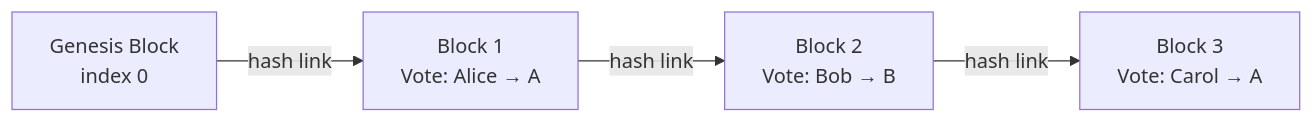
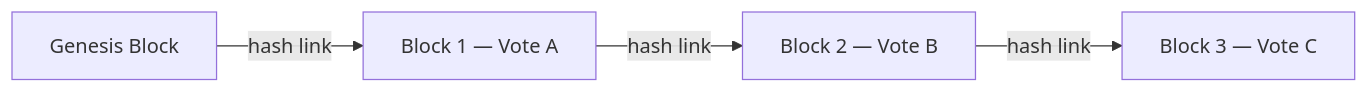
One commit to Interpoll1/decentralised changed the second of 2 diagrams in README.md. Above: the diagram before and after it, drawn with Mermaid. The commit also changed other lines of this file and 4 other files, not shown here.

````diff
--- a/README.md
+++ b/README.md
@@ -197,6 +212,6 @@
 ```mermaid
 graph LR
-    G[Genesis Block<br/>index 0] -->|hash link| B1[Block 1<br/>Vote: Alice → A]
-    B1 -->|hash link| B2[Block 2<br/>Vote: Bob → B]
-    B2 -->|hash link| B3[Block 3<br/>Vote: Carol → A]
+    G[Genesis Block] -->|hash link| B1[Block 1 — Vote A]
+    B1 -->|hash link| B2[Block 2 — Vote B]
+    B2 -->|hash link| B3[Block 3 — Vote C]
 ```
````
